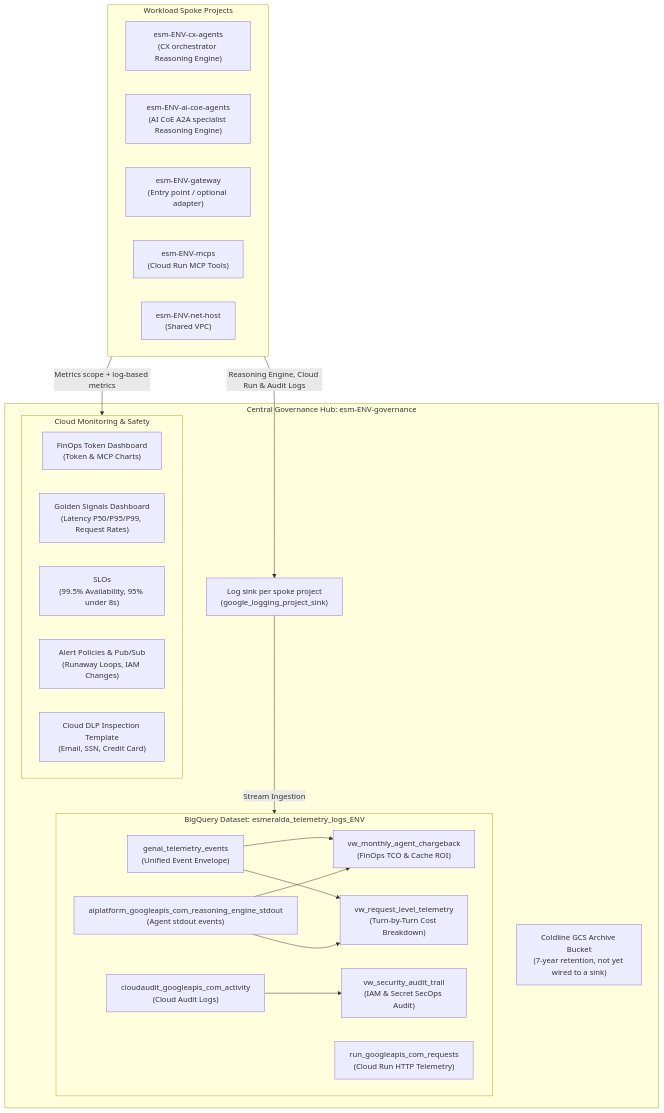
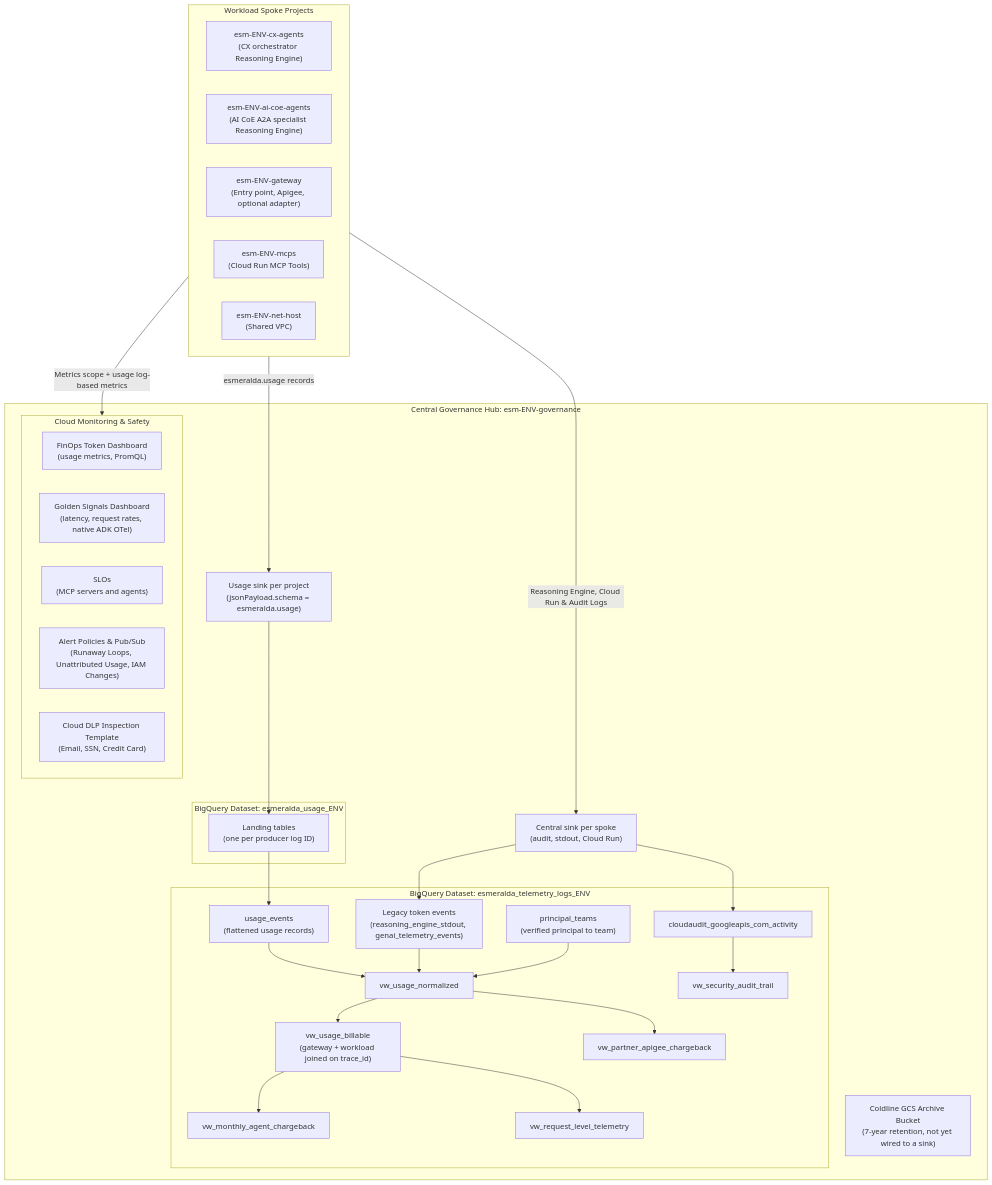
One commit to google/esmeralda changed the first of 2 diagrams in docs/src/3-agentops-and-lifecycle/03-centralized-monitoring-and-dashboards.md. Above: the diagram before and after it, drawn with Mermaid. The commit also changed other lines of this file and 2 other files, not shown here.

First line of the commit message:
docs(governance): document usage analytics; unattributed alert off until phase 6

````diff
--- a/docs/src/3-agentops-and-lifecycle/03-centralized-monitoring-and-dashboards.md
+++ b/docs/src/3-agentops-and-lifecycle/03-centralized-monitoring-and-dashboards.md
@@ -45,42 +46,54 @@
 ```mermaid
 flowchart TD
     subgraph Spokes["Workload Spoke Projects"]
         CX["esm-ENV-cx-agents<br/>(CX orchestrator Reasoning Engine)"]
         AICOE["esm-ENV-ai-coe-agents<br/>(AI CoE A2A specialist Reasoning Engine)"]
-        GW["esm-ENV-gateway<br/>(Entry point / optional adapter)"]
+        GW["esm-ENV-gateway<br/>(Entry point, Apigee, optional adapter)"]
         MCP["esm-ENV-mcps<br/>(Cloud Run MCP Tools)"]
         NET["esm-ENV-net-host<br/>(Shared VPC)"]
     end
 
     subgraph Hub["Central Governance Hub: esm-ENV-governance"]
-        SINK["Log sink per spoke project<br/>(google_logging_project_sink)"]
+        SINK["Central sink per spoke<br/>(audit, stdout, Cloud Run)"]
+        USINK["Usage sink per project<br/>(jsonPayload.schema = esmeralda.usage)"]
+
+        subgraph UsageDS["BigQuery Dataset: esmeralda_usage_ENV"]
+            LAND["Landing tables<br/>(one per producer log ID)"]
+        end
 
         subgraph BigQuery["BigQuery Dataset: esmeralda_telemetry_logs_ENV"]
-            ENV["genai_telemetry_events<br/>(Unified Event Envelope)"]
-            AUDIT_TBL["cloudaudit_googleapis_com_activity<br/>(Cloud Audit Logs)"]
-            STDOUT_TBL["aiplatform_googleapis_com_reasoning_engine_stdout<br/>(Agent stdout events)"]
-            RUN_TBL["run_googleapis_com_requests<br/>(Cloud Run HTTP Telemetry)"]
-
-            VW1["vw_monthly_agent_chargeback<br/>(FinOps TCO & Cache ROI)"]
-            VW2["vw_request_level_telemetry<br/>(Turn-by-Turn Cost Breakdown)"]
-            VW3["vw_security_audit_trail<br/>(IAM & Secret SecOps Audit)"]
+            UE["usage_events<br/>(flattened usage records)"]
+            LEG["Legacy token events<br/>(reasoning_engine_stdout, genai_telemetry_events)"]
+            PT["principal_teams<br/>(verified principal to team)"]
+            NORM["vw_usage_normalized"]
+            BILL["vw_usage_billable<br/>(gateway + workload joined on trace_id)"]
+            VW1["vw_monthly_agent_chargeback"]
+            VW2["vw_request_level_telemetry"]
+            VWP["vw_partner_apigee_chargeback"]
+            AUDIT_TBL["cloudaudit_googleapis_com_activity"]
+            VW3["vw_security_audit_trail"]
         end
 
         GCS["Coldline GCS Archive Bucket<br/>(7-year retention, not yet wired to a sink)"]
 
         subgraph Monitoring["Cloud Monitoring & Safety"]
-            MQL["FinOps Token Dashboard<br/>(Token & MCP Charts)"]
-            GOLD["Golden Signals Dashboard<br/>(Latency P50/P95/P99, Request Rates)"]
-            SLO["SLOs<br/>(99.5% Availability, 95% under 8s)"]
-            ALERTS["Alert Policies & Pub/Sub<br/>(Runaway Loops, IAM Changes)"]
+            FIN["FinOps Token Dashboard<br/>(usage metrics, PromQL)"]
+            GOLD["Golden Signals Dashboard<br/>(latency, request rates, native ADK OTel)"]
+            SLO["SLOs<br/>(MCP servers and agents)"]
+            ALERTS["Alert Policies & Pub/Sub<br/>(Runaway Loops, Unattributed Usage, IAM Changes)"]
             DLP["Cloud DLP Inspection Template<br/>(Email, SSN, Credit Card)"]
         end
     end
 
     Spokes -->|Reasoning Engine, Cloud Run & Audit Logs| SINK
-    SINK -->|Stream Ingestion| BigQuery
-    ENV --> VW1 & VW2
-    STDOUT_TBL --> VW1 & VW2
+    Spokes -->|esmeralda.usage records| USINK
+    SINK --> LEG & AUDIT_TBL
+    USINK --> LAND
+    LAND --> UE
+    UE & LEG & PT --> NORM
+    NORM --> BILL
+    NORM --> VWP
+    BILL --> VW1 & VW2
     AUDIT_TBL --> VW3
-    Spokes -->|Metrics scope + log-based metrics| Monitoring
+    Spokes -->|Metrics scope + usage log-based metrics| Monitoring
 ```
````
